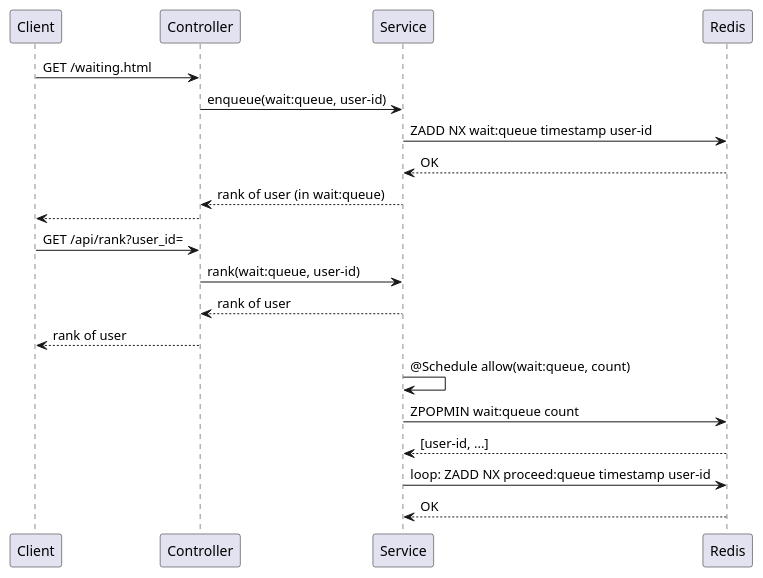
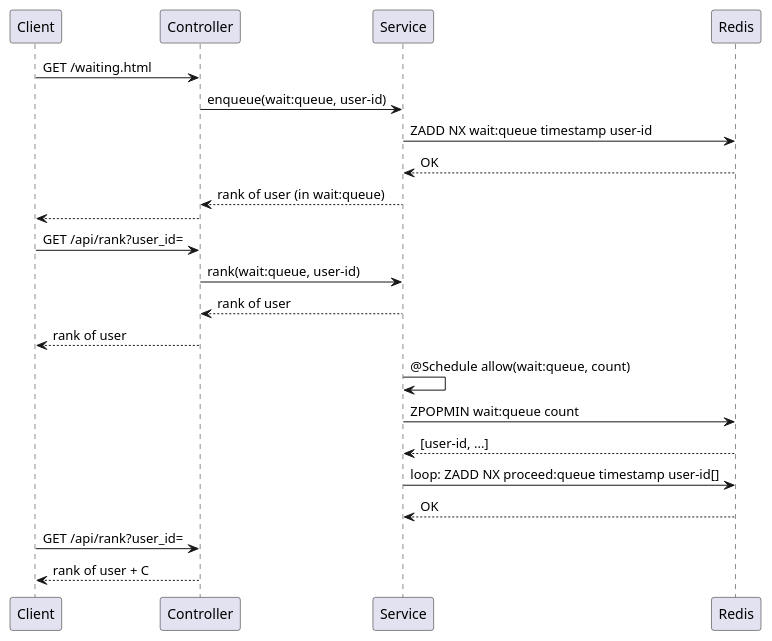
The diagram in _diary/2024-06-08.md (yanghoon/obsidian-workspace), drawn with PlantUML before and after one commit.

Commit message:
vault backup: 2024-06-08 14:22:40

````diff
--- a/_diary/2024-06-08.md
+++ b/_diary/2024-06-08.md
@@ -5,19 +5,22 @@
 ```plantuml
 Client -> Controller: GET /waiting.html
 Controller -> Service: enqueue(wait:queue, user-id)
 Service -> Redis: ZADD NX wait:queue timestamp user-id
 Service <-- Redis: OK
 Controller <-- Service: rank of user (in wait:queue)
 Client <-- Controller
 
 Client -> Controller: GET /api/rank?user_id=
 Controller -> Service: rank(wait:queue, user-id)
 Controller <-- Service: rank of user
 Client <-- Controller: rank of user
 
 Service -> Service: @Schedule allow(wait:queue, count)
 Service -> Redis: ZPOPMIN wait:queue count
 Service <-- Redis: [user-id, ...]
-Service -> Redis: loop: ZADD NX proceed:queue timestamp user-id
+Service -> Redis: loop: ZADD NX proceed:queue timestamp user-id[]
 Service <-- Redis: OK
+
+Client -> Controller: GET /api/rank?user_id=
+Client <-- Controller: rank of user + C
 ```
````
